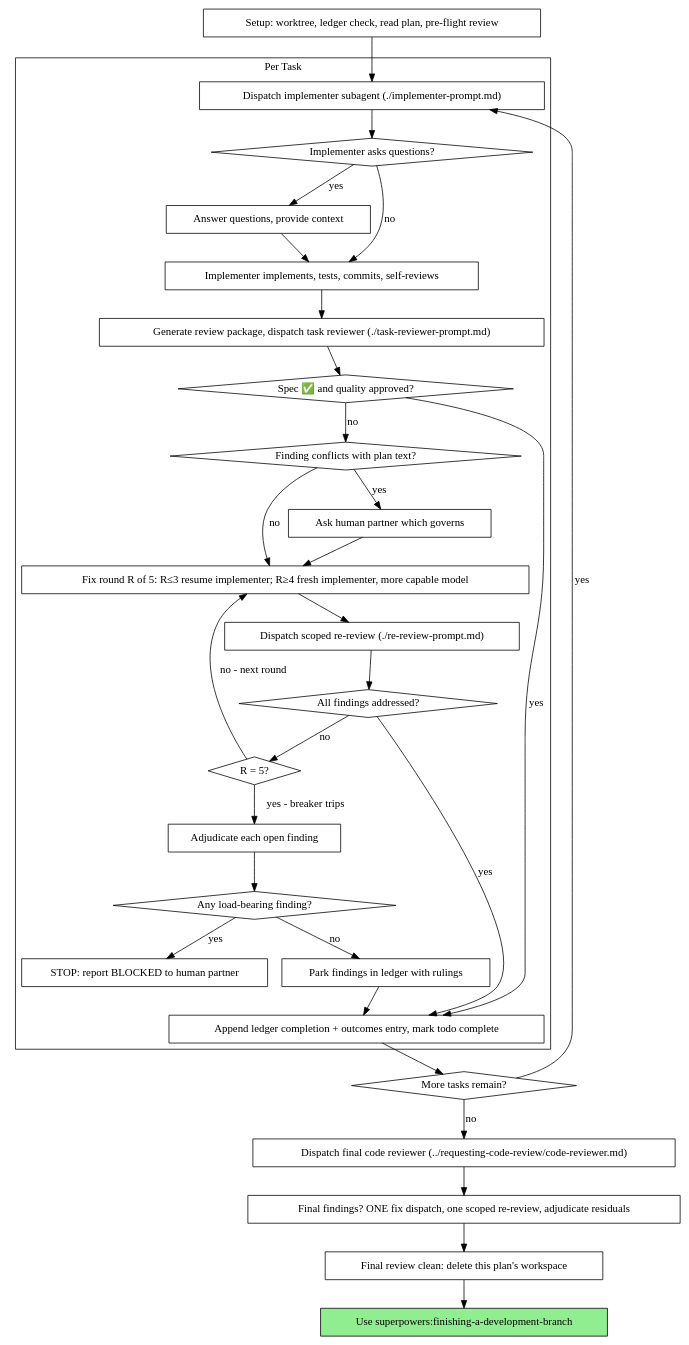
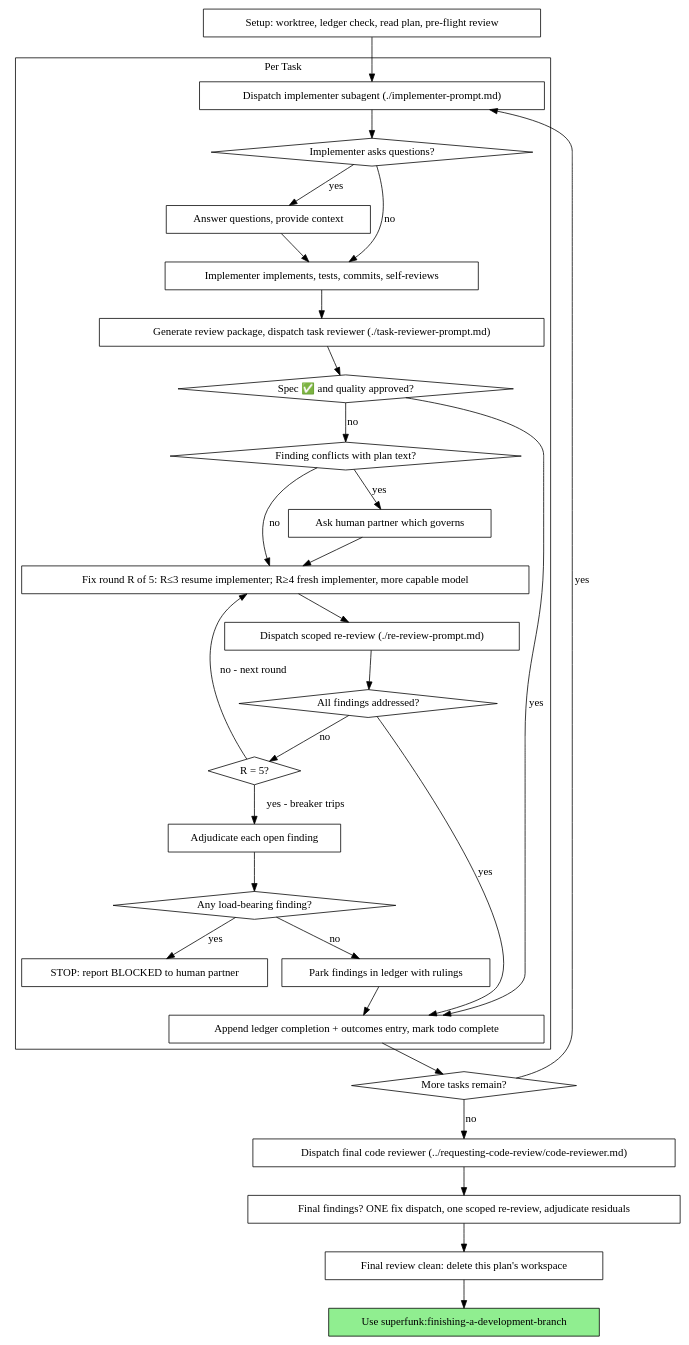
The second of 2 diagrams in plugin/skills/subagent-driven-development/SKILL.md (mattbran87/superfunk), drawn with Graphviz before and after one commit. The commit also changed other lines of this file and 11 other files, not shown here.

Commit message:
rebrand: rewrite superpowers: invocation prefix to superfunk: in live content

````diff
--- a/plugin/skills/subagent-driven-development/SKILL.md
+++ b/plugin/skills/subagent-driven-development/SKILL.md
@@ -47,62 +47,62 @@
 ```dot
 digraph process {
     rankdir=TB;
 
     subgraph cluster_per_task {
         label="Per Task";
         "Dispatch implementer subagent (./implementer-prompt.md)" [shape=box];
         "Implementer asks questions?" [shape=diamond];
         "Answer questions, provide context" [shape=box];
         "Implementer implements, tests, commits, self-reviews" [shape=box];
         "Generate review package, dispatch task reviewer (./task-reviewer-prompt.md)" [shape=box];
         "Spec ✅ and quality approved?" [shape=diamond];
         "Finding conflicts with plan text?" [shape=diamond];
         "Ask human partner which governs" [shape=box];
         "Fix round R of 5: R≤3 resume implementer; R≥4 fresh implementer, more capable model" [shape=box];
         "Dispatch scoped re-review (./re-review-prompt.md)" [shape=box];
         "All findings addressed?" [shape=diamond];
         "R = 5?" [shape=diamond];
         "Adjudicate each open finding" [shape=box];
         "Any load-bearing finding?" [shape=diamond];
         "STOP: report BLOCKED to human partner" [shape=box];
         "Park findings in ledger with rulings" [shape=box];
         "Append ledger completion + outcomes entry, mark todo complete" [shape=box];
     }
 
     "Setup: worktree, ledger check, read plan, pre-flight review" [shape=box];
     "More tasks remain?" [shape=diamond];
     "Dispatch final code reviewer (../requesting-code-review/code-reviewer.md)" [shape=box];
     "Final findings? ONE fix dispatch, one scoped re-review, adjudicate residuals" [shape=box];
     "Final review clean: delete this plan's workspace" [shape=box];
-    "Use superpowers:finishing-a-development-branch" [shape=box style=filled fillcolor=lightgreen];
+    "Use superfunk:finishing-a-development-branch" [shape=box style=filled fillcolor=lightgreen];
 
     "Setup: worktree, ledger check, read plan, pre-flight review" -> "Dispatch implementer subagent (./implementer-prompt.md)";
     "Dispatch implementer subagent (./implementer-prompt.md)" -> "Implementer asks questions?";
     "Implementer asks questions?" -> "Answer questions, provide context" [label="yes"];
     "Answer questions, provide context" -> "Implementer implements, tests, commits, self-reviews";
     "Implementer asks questions?" -> "Implementer implements, tests, commits, self-reviews" [label="no"];
     "Implementer implements, tests, commits, self-reviews" -> "Generate review package, dispatch task reviewer (./task-reviewer-prompt.md)";
     "Generate review package, dispatch task reviewer (./task-reviewer-prompt.md)" -> "Spec ✅ and quality approved?";
     "Spec ✅ and quality approved?" -> "Append ledger completion + outcomes entry, mark todo complete" [label="yes"];
     "Spec ✅ and quality approved?" -> "Finding conflicts with plan text?" [label="no"];
     "Finding conflicts with plan text?" -> "Ask human partner which governs" [label="yes"];
     "Ask human partner which governs" -> "Fix round R of 5: R≤3 resume implementer; R≥4 fresh implementer, more capable model";
     "Finding conflicts with plan text?" -> "Fix round R of 5: R≤3 resume implementer; R≥4 fresh implementer, more capable model" [label="no"];
     "Fix round R of 5: R≤3 resume implementer; R≥4 fresh implementer, more capable model" -> "Dispatch scoped re-review (./re-review-prompt.md)";
     "Dispatch scoped re-review (./re-review-prompt.md)" -> "All findings addressed?";
     "All findings addressed?" -> "Append ledger completion + outcomes entry, mark todo complete" [label="yes"];
     "All findings addressed?" -> "R = 5?" [label="no"];
     "R = 5?" -> "Fix round R of 5: R≤3 resume implementer; R≥4 fresh implementer, more capable model" [label="no - next round"];
     "R = 5?" -> "Adjudicate each open finding" [label="yes - breaker trips"];
     "Adjudicate each open finding" -> "Any load-bearing finding?";
     "Any load-bearing finding?" -> "STOP: report BLOCKED to human partner" [label="yes"];
     "Any load-bearing finding?" -> "Park findings in ledger with rulings" [label="no"];
     "Park findings in ledger with rulings" -> "Append ledger completion + outcomes entry, mark todo complete";
     "Append ledger completion + outcomes entry, mark todo complete" -> "More tasks remain?";
     "More tasks remain?" -> "Dispatch implementer subagent (./implementer-prompt.md)" [label="yes"];
     "More tasks remain?" -> "Dispatch final code reviewer (../requesting-code-review/code-reviewer.md)" [label="no"];
     "Dispatch final code reviewer (../requesting-code-review/code-reviewer.md)" -> "Final findings? ONE fix dispatch, one scoped re-review, adjudicate residuals";
     "Final findings? ONE fix dispatch, one scoped re-review, adjudicate residuals" -> "Final review clean: delete this plan's workspace";
-    "Final review clean: delete this plan's workspace" -> "Use superpowers:finishing-a-development-branch";
+    "Final review clean: delete this plan's workspace" -> "Use superfunk:finishing-a-development-branch";
 }
 ```
````
